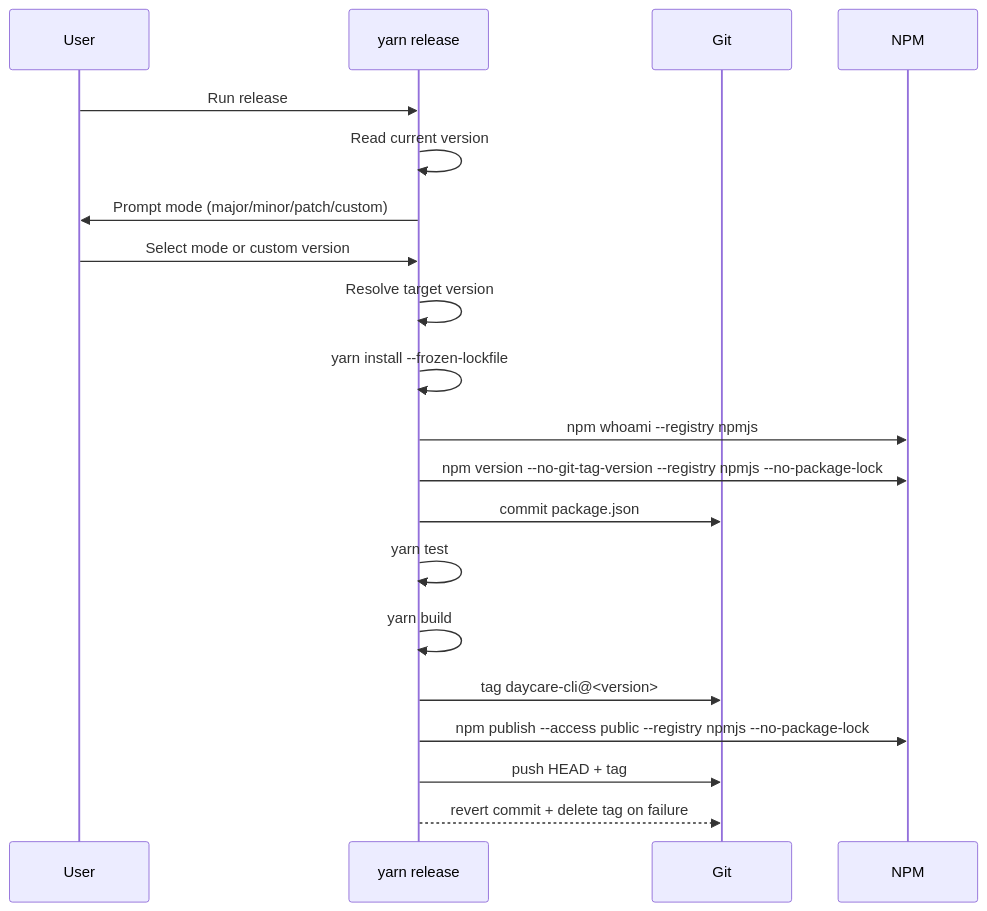
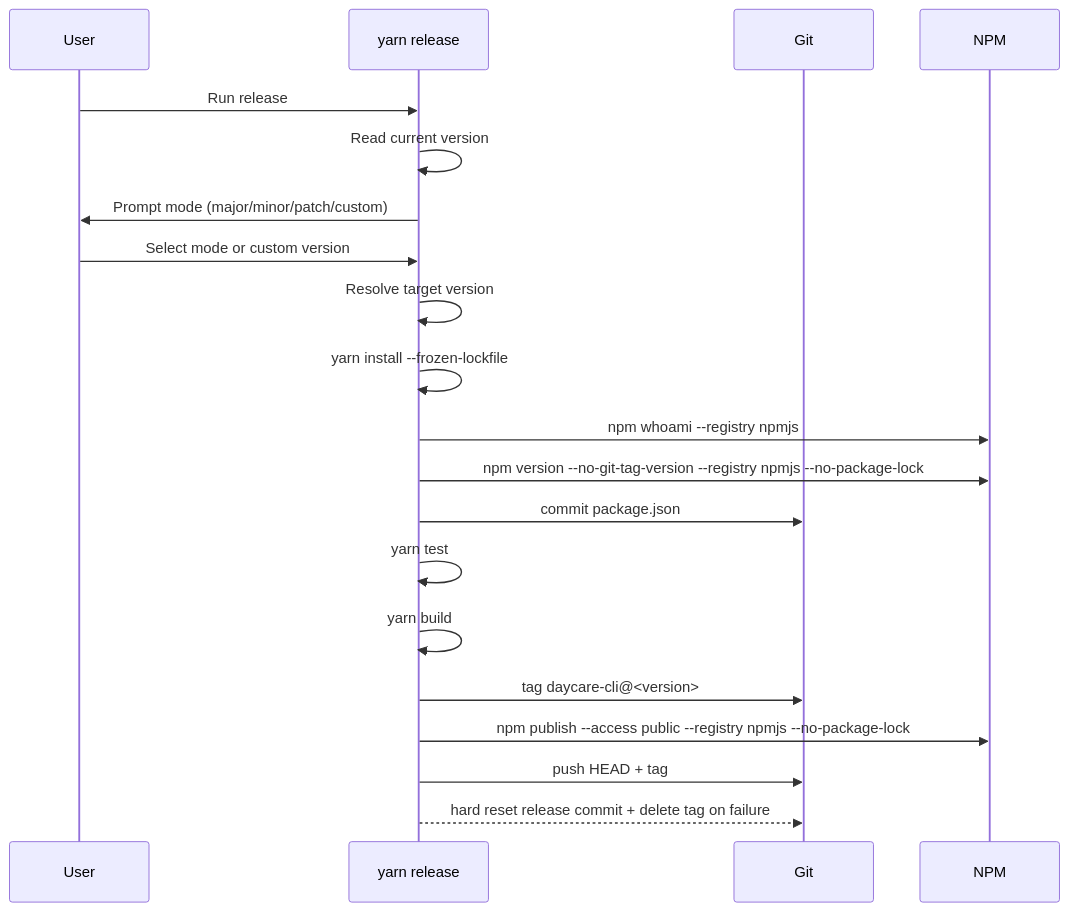
One commit to ex3ndr-bot/daycare changed the diagram in doc/internals/release-command.md. Above: the diagram before and after it, drawn with Mermaid. The commit also changed other lines of this file and 1 other file, not shown here.

Commit message:
fix(release): hard reset failed release commit

````diff
--- a/doc/internals/release-command.md
+++ b/doc/internals/release-command.md
@@ -22,23 +22,23 @@
 ```mermaid
 sequenceDiagram
   participant User
   participant CLI as yarn release
   participant Git
   participant NPM
 
   User->>CLI: Run release
   CLI->>CLI: Read current version
   CLI->>User: Prompt mode (major/minor/patch/custom)
   User->>CLI: Select mode or custom version
   CLI->>CLI: Resolve target version
   CLI->>CLI: yarn install --frozen-lockfile
   CLI->>NPM: npm whoami --registry npmjs
   CLI->>NPM: npm version --no-git-tag-version --registry npmjs --no-package-lock
   CLI->>Git: commit package.json
   CLI->>CLI: yarn test
   CLI->>CLI: yarn build
   CLI->>Git: tag daycare-cli@<version>
   CLI->>NPM: npm publish --access public --registry npmjs --no-package-lock
   CLI->>Git: push HEAD + tag
-  CLI-->>Git: revert commit + delete tag on failure
+  CLI-->>Git: hard reset release commit + delete tag on failure
 ```
````
